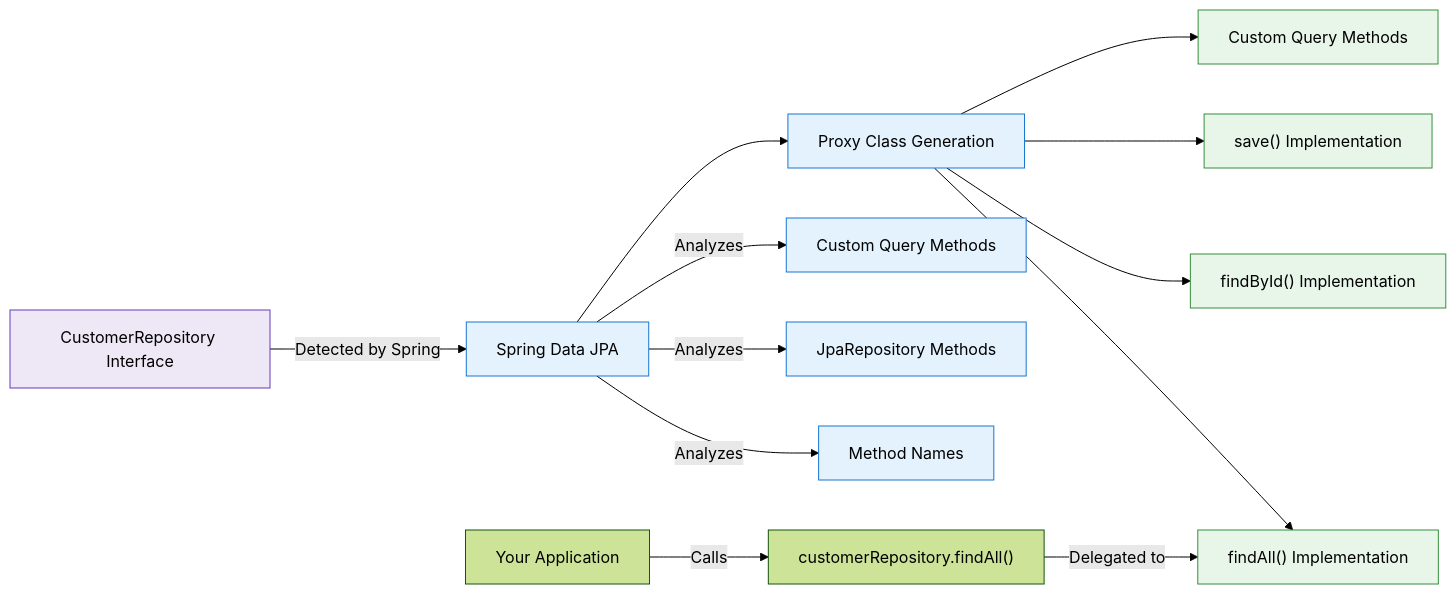
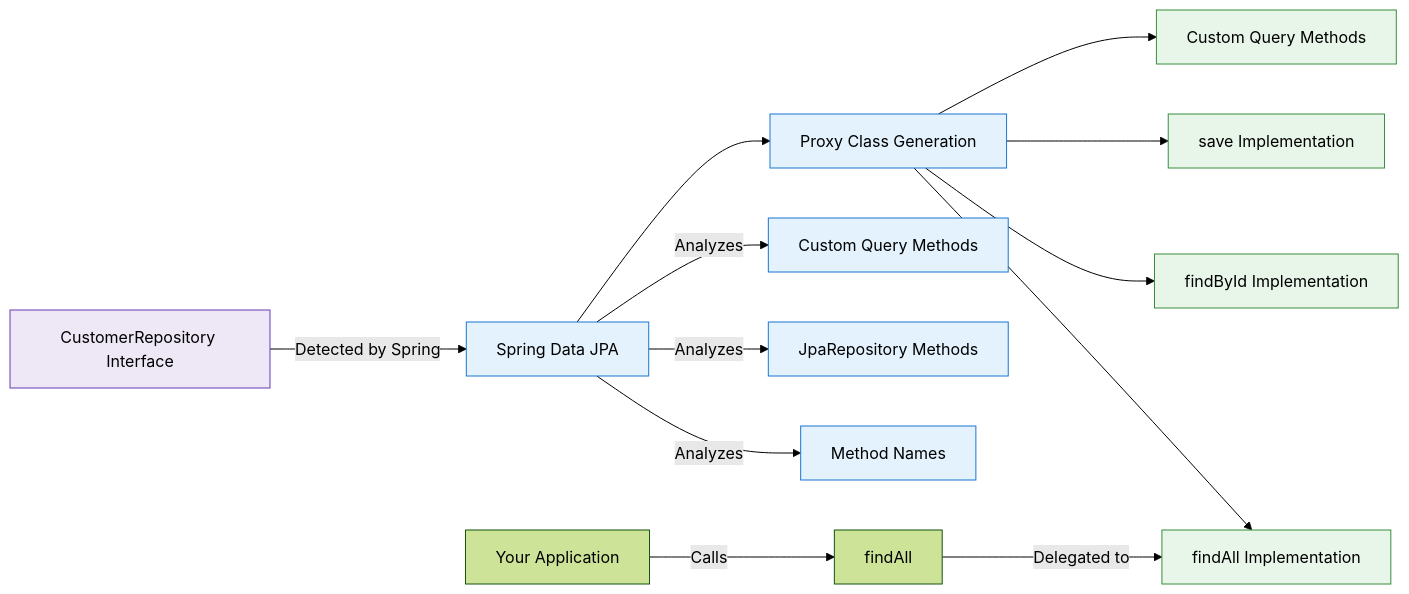
Before and after one commit to stravos97/java-documentation-notes: the third of 7 diagrams in Nish Lessons - Q&A's/SpringBoot/Architecture complex overview - day 1.md, drawn with Mermaid (forest theme). The commit also changed other lines of this file and 8 other files, not shown here.

Commit message:
fix mermaid diagrams

````diff
--- a/Nish Lessons - Q&A's/SpringBoot/Architecture complex overview - day 1.md
+++ b/Nish Lessons - Q&A's/SpringBoot/Architecture complex overview - day 1.md
@@ -131,25 +131,25 @@
 ```mermaid
 flowchart LR
-    A["CustomerRepository Interface"] -->|Detected by Spring| B[Spring Data JPA]
+    A[CustomerRepository Interface] -->|Detected by Spring| B[Spring Data JPA]
     B -->|Analyzes| C[Method Names]
     B -->|Analyzes| D[JpaRepository Methods]
     B -->|Analyzes| E[Custom Query Methods]
     
     B --> F[Proxy Class Generation]
-    F --> G["findAll() Implementation"]
-    F --> H["findById() Implementation"]
-    F --> I["save() Implementation"]
+    F --> G[findAll Implementation]
+    F --> H[findById Implementation]
+    F --> I[save Implementation]
     F --> J[Custom Query Methods]
     
-    K[Your Application] -->|Calls| L["customerRepository.findAll()"]
+    K[Your Application] -->|Calls| L[findAll]
     L -->|Delegated to| G
     
     classDef interface fill:#ede7f6,stroke:#673ab7;
     class A interface;
     
     classDef process fill:#e3f2fd,stroke:#1976d2;
     class B,C,D,E,F process;
     
     classDef implementation fill:#e8f5e9,stroke:#388e3c;
     class G,H,I,J implementation;
 ```
````
